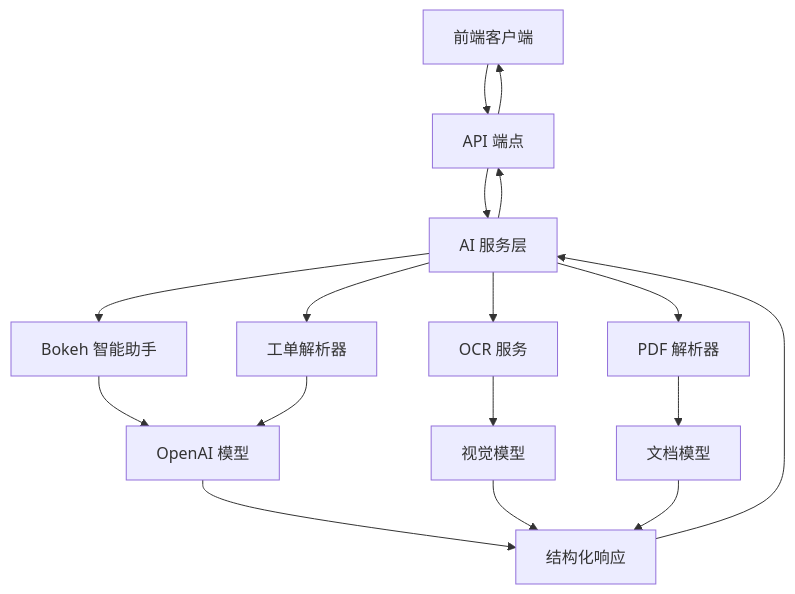
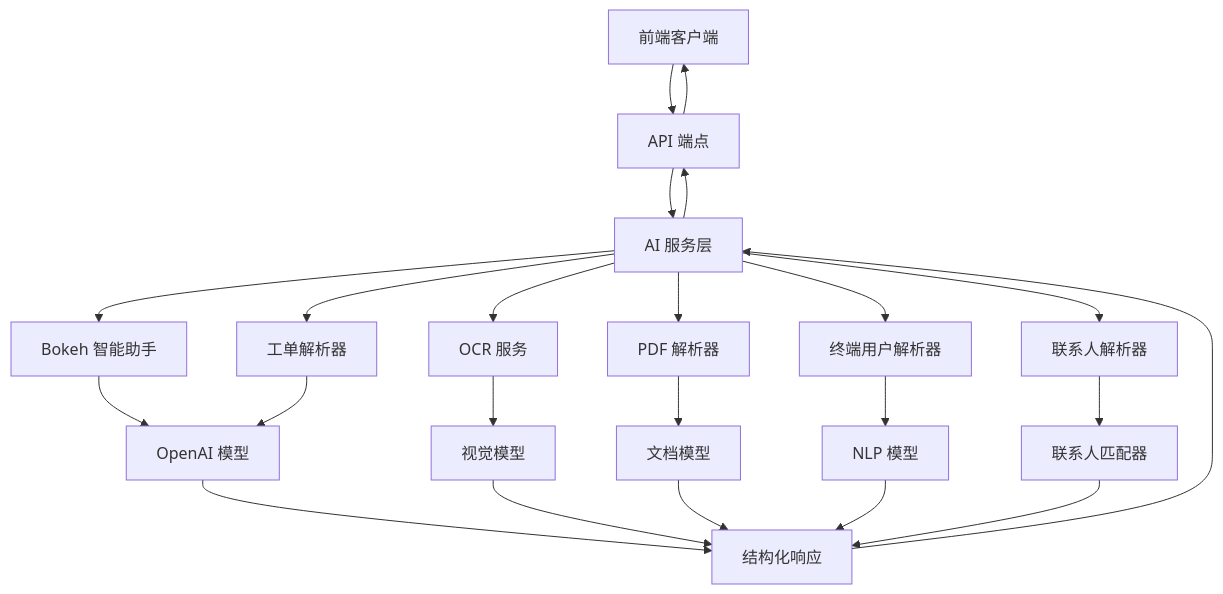
One commit to CubeEdge/Longhorn changed diagram 35 of 37 in .qoder/repowiki/zh/content/TicketCreationModal 工单创建模态框.md. Above: the diagram before and after it, drawn with Mermaid. The commit also changed other lines of this file and 28 other files, not shown here.

````diff
--- a/.qoder/repowiki/zh/content/TicketCreationModal 工单创建模态框.md
+++ b/.qoder/repowiki/zh/content/TicketCreationModal 工单创建模态框.md
@@ -1648,19 +1808,25 @@
 ```mermaid
 flowchart TD
 Client[前端客户端] --> API[API 端点]
 API --> AIService[AI 服务层]
 AIService --> BokehAssistant[Bokeh 智能助手]
 AIService --> TicketParser[工单解析器]
 AIService --> OCRService[OCR 服务]
 AIService --> PDFParser[PDF 解析器]
+AIService --> EndUserParser[终端用户解析器]
+AIService --> EndUserResolver[联系人解析器]
 BokehAssistant --> OpenAI[OpenAI 模型]
 TicketParser --> OpenAI
 OCRService --> VisionModel[视觉模型]
 PDFParser --> DocumentModel[文档模型]
+EndUserParser --> NLPModel[NLP 模型]
+EndUserResolver --> ContactMatcher[联系人匹配器]
 OpenAI --> Response[结构化响应]
 VisionModel --> Response
 DocumentModel --> Response
+NLPModel --> Response
+ContactMatcher --> Response
 Response --> AIService
 AIService --> API
 API --> Client
 ```
````
